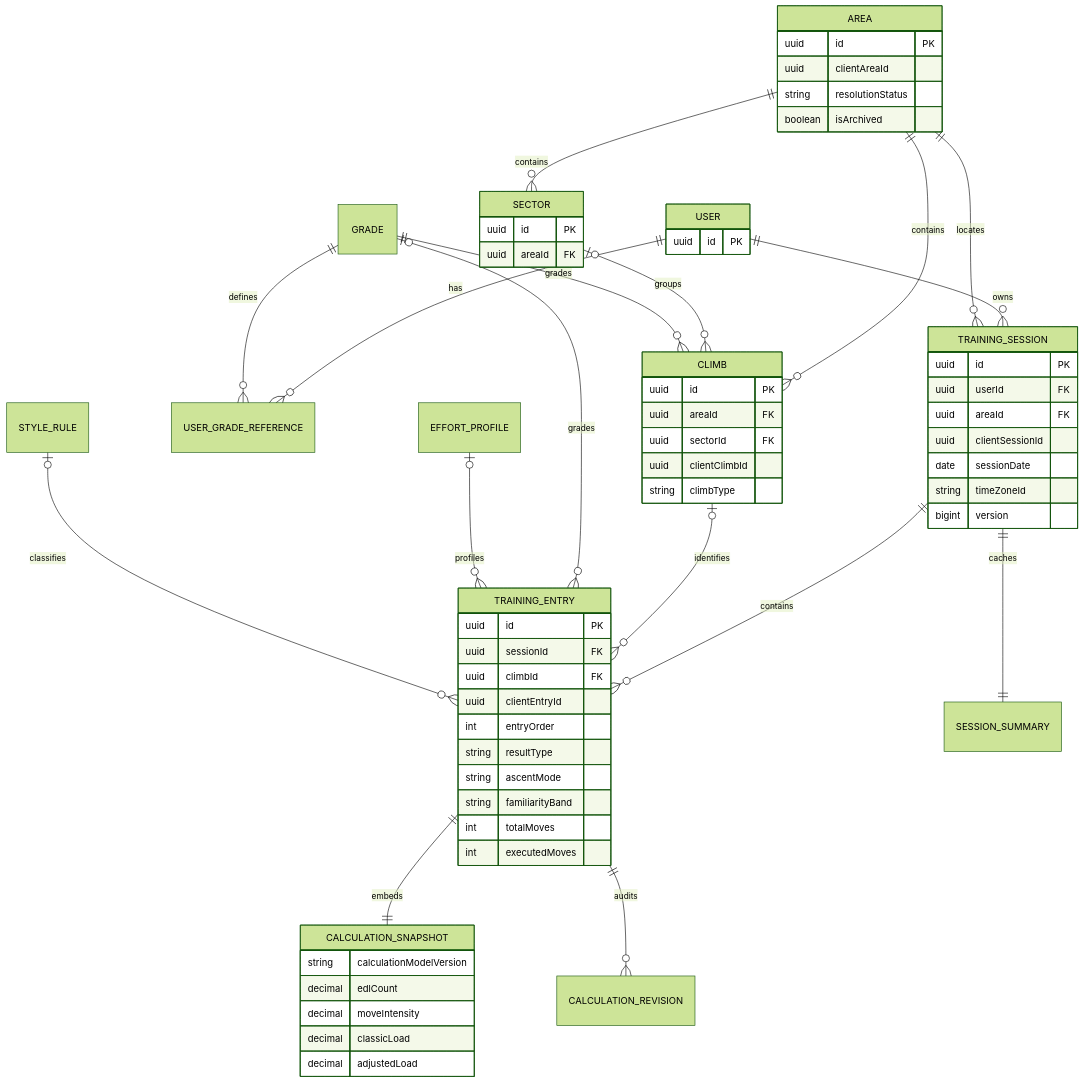
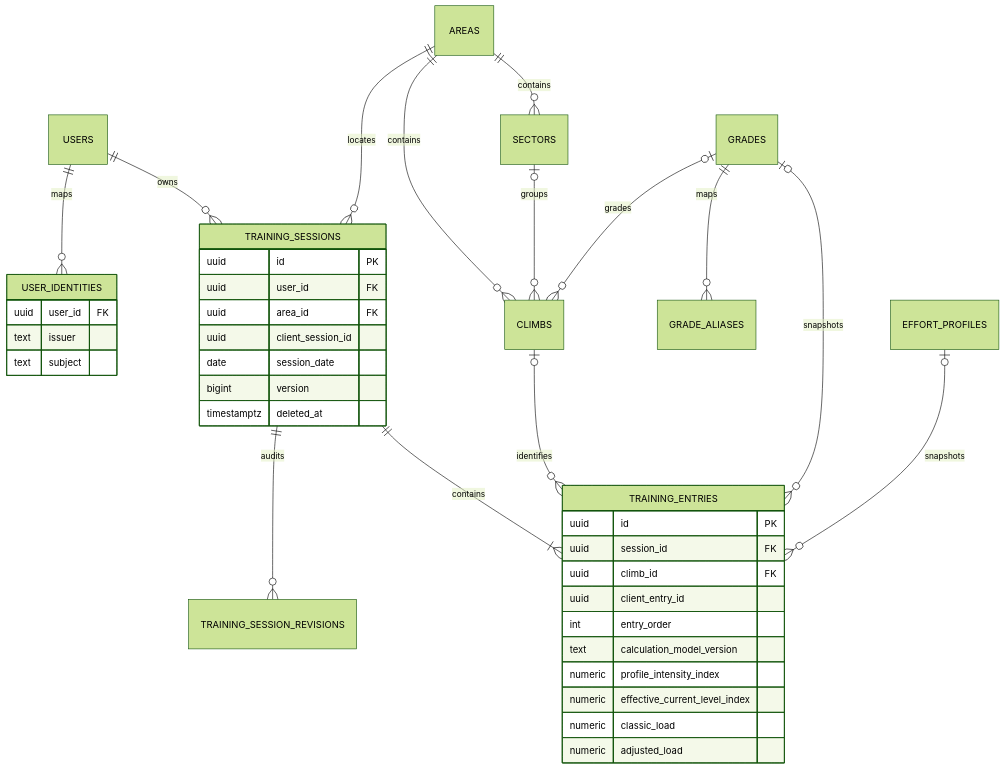
The diagram in .ai/documentation/diagrams/data-model.md (mihuwis/ClimbBetter), drawn with Mermaid (forest theme) before and after one commit. The commit also changed other lines of this file and 282 other files, not shown here.

````diff
--- a/.ai/documentation/diagrams/data-model.md
+++ b/.ai/documentation/diagrams/data-model.md
@@ -5,68 +5,42 @@
 ```mermaid
 erDiagram
-    USER ||--o{ TRAINING_SESSION : owns
-    USER ||--o{ USER_GRADE_REFERENCE : has
-    GRADE ||--o{ USER_GRADE_REFERENCE : defines
-    AREA ||--o{ SECTOR : contains
-    AREA ||--o{ CLIMB : contains
-    SECTOR o|--o{ CLIMB : groups
-    AREA ||--o{ TRAINING_SESSION : locates
-    GRADE ||--o{ CLIMB : grades
-    TRAINING_SESSION ||--o{ TRAINING_ENTRY : contains
-    CLIMB o|--o{ TRAINING_ENTRY : identifies
-    GRADE o|--o{ TRAINING_ENTRY : grades
-    EFFORT_PROFILE o|--o{ TRAINING_ENTRY : profiles
-    STYLE_RULE o|--o{ TRAINING_ENTRY : classifies
-    TRAINING_ENTRY ||--|| CALCULATION_SNAPSHOT : embeds
-    TRAINING_SESSION ||--|| SESSION_SUMMARY : caches
-    TRAINING_ENTRY ||--o{ CALCULATION_REVISION : audits
-
-    USER {
+    USERS ||--o{ USER_IDENTITIES : maps
+    USERS ||--o{ TRAINING_SESSIONS : owns
+    AREAS ||--o{ SECTORS : contains
+    AREAS ||--o{ CLIMBS : contains
+    SECTORS o|--o{ CLIMBS : groups
+    AREAS ||--o{ TRAINING_SESSIONS : locates
+    GRADES o|--o{ CLIMBS : grades
+    GRADES ||--o{ GRADE_ALIASES : maps
+    TRAINING_SESSIONS ||--|{ TRAINING_ENTRIES : contains
+    CLIMBS o|--o{ TRAINING_ENTRIES : identifies
+    GRADES o|--o{ TRAINING_ENTRIES : snapshots
+    EFFORT_PROFILES o|--o{ TRAINING_ENTRIES : snapshots
+    TRAINING_SESSIONS ||--o{ TRAINING_SESSION_REVISIONS : audits
+    USER_IDENTITIES {
+        uuid user_id FK
+        text issuer
+        text subject
+    }
+    TRAINING_SESSIONS {
         uuid id PK
+        uuid user_id FK
+        uuid area_id FK
+        uuid client_session_id
+        date session_date
+        bigint version
+        timestamptz deleted_at
     }
-    AREA {
+    TRAINING_ENTRIES {
         uuid id PK
-        uuid clientAreaId
-        string resolutionStatus
-        boolean isArchived
-    }
-    SECTOR {
-        uuid id PK
-        uuid areaId FK
-    }
-    CLIMB {
-        uuid id PK
-        uuid areaId FK
-        uuid sectorId FK
-        uuid clientClimbId
-        string climbType
-    }
-    TRAINING_SESSION {
-        uuid id PK
-        uuid userId FK
-        uuid areaId FK
-        uuid clientSessionId
-        date sessionDate
-        string timeZoneId
-        bigint version
-    }
-    TRAINING_ENTRY {
-        uuid id PK
-        uuid sessionId FK
-        uuid climbId FK
-        uuid clientEntryId
-        int entryOrder
-        string resultType
-        string ascentMode
-        string familiarityBand
-        int totalMoves
-        int executedMoves
-    }
-    CALCULATION_SNAPSHOT {
-        string calculationModelVersion
-        decimal edlCount
-        decimal moveIntensity
-        decimal classicLoad
-        decimal adjustedLoad
+        uuid session_id FK
+        uuid climb_id FK
+        uuid client_entry_id
+        int entry_order
+        text calculation_model_version
+        numeric profile_intensity_index
+        numeric effective_current_level_index
+        numeric classic_load
+        numeric adjusted_load
     }
 ```
````
